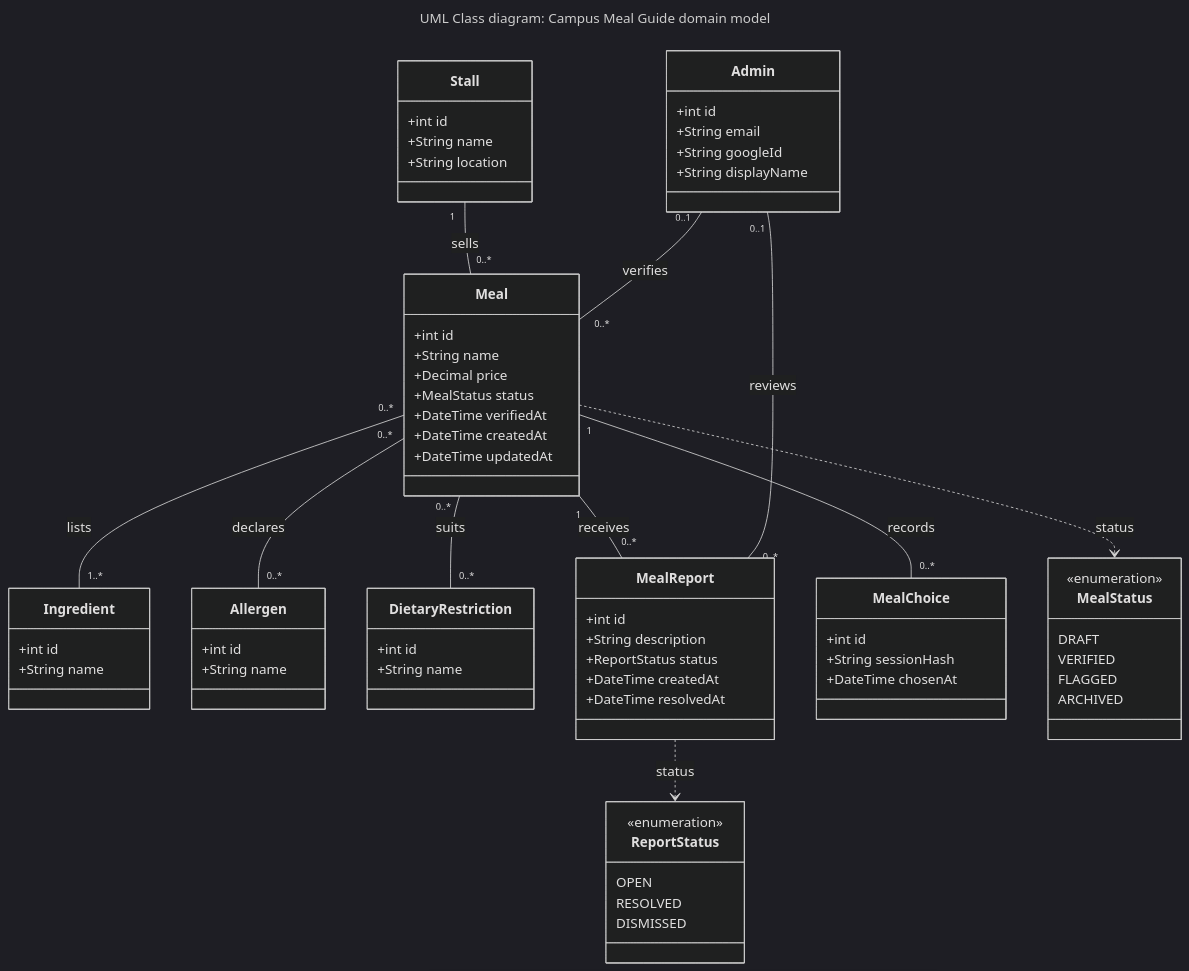
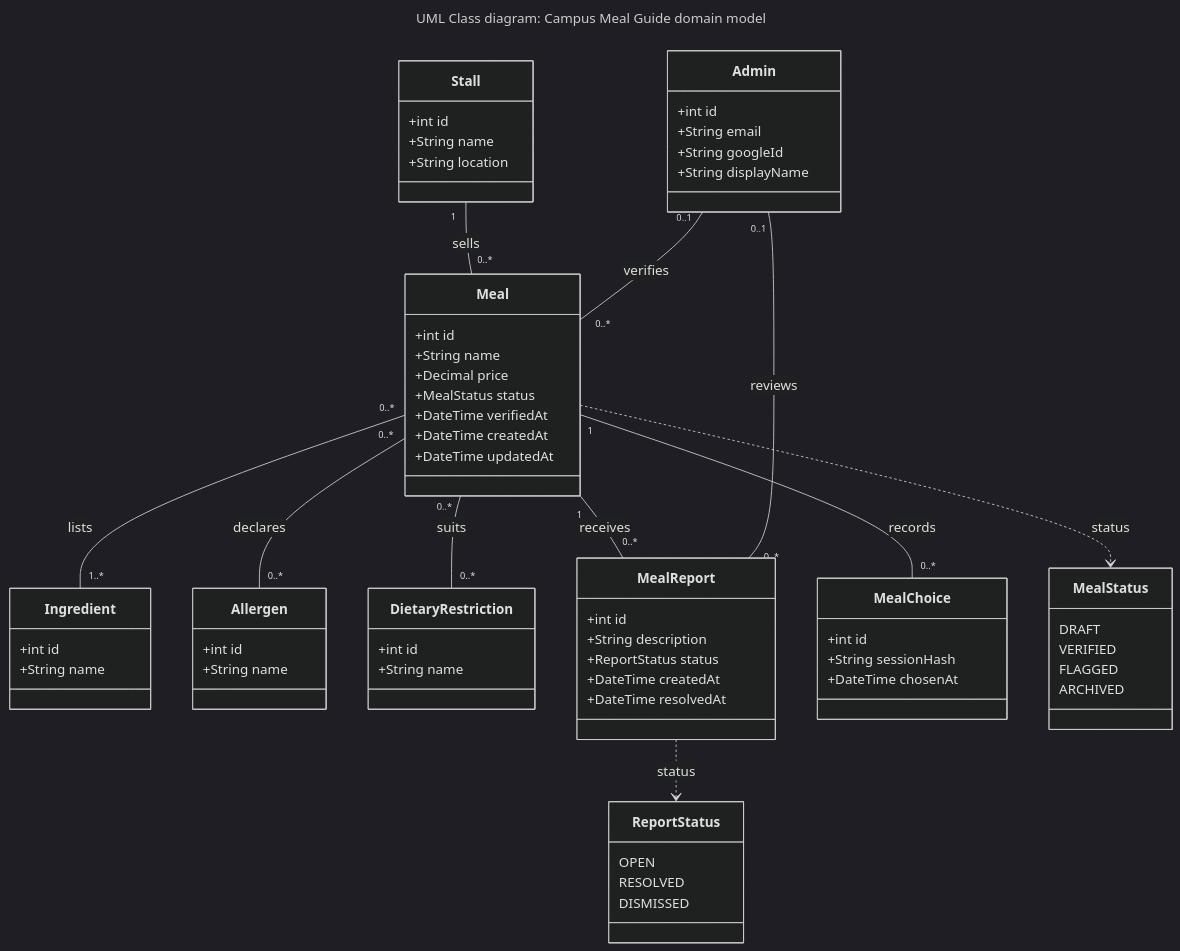
The diagram in architecture/Team-Doy/class.md (edoygobole29-ops/Team-Doy), drawn with Mermaid (dark theme) before and after one commit.

Commit message:
Benavides
Removed unnecessary enumeration tags from MealStatus and ReportStatus classes.

````diff
--- a/architecture/Team-Doy/class.md
+++ b/architecture/Team-Doy/class.md
@@ -5,77 +5,75 @@
 ```mermaid
 ---
 title: "UML Class diagram: Campus Meal Guide domain model"
 ---
 classDiagram
     direction TB
 
     class Stall {
         +int id
         +String name
         +String location
     }
     class Meal {
         +int id
         +String name
         +Decimal price
         +MealStatus status
         +DateTime verifiedAt
         +DateTime createdAt
         +DateTime updatedAt
     }
     class Ingredient {
         +int id
         +String name
     }
     class Allergen {
         +int id
         +String name
     }
     class DietaryRestriction {
         +int id
         +String name
     }
     class Admin {
         +int id
         +String email
         +String googleId
         +String displayName
     }
     class MealReport {
         +int id
         +String description
         +ReportStatus status
         +DateTime createdAt
         +DateTime resolvedAt
     }
     class MealChoice {
         +int id
         +String sessionHash
         +DateTime chosenAt
     }
     class MealStatus {
-        <<enumeration>>
         DRAFT
         VERIFIED
         FLAGGED
         ARCHIVED
     }
     class ReportStatus {
-        <<enumeration>>
         OPEN
         RESOLVED
         DISMISSED
     }
 
     Stall "1" -- "0..*" Meal : sells
     Meal "0..*" -- "1..*" Ingredient : lists
     Meal "0..*" -- "0..*" Allergen : declares
     Meal "0..*" -- "0..*" DietaryRestriction : suits
     Admin "0..1" -- "0..*" Meal : verifies
     Meal "1" -- "0..*" MealReport : receives
     Admin "0..1" -- "0..*" MealReport : reviews
     Meal "1" -- "0..*" MealChoice : records
 
     Meal ..> MealStatus : status
     MealReport ..> ReportStatus : status
 ```
````
